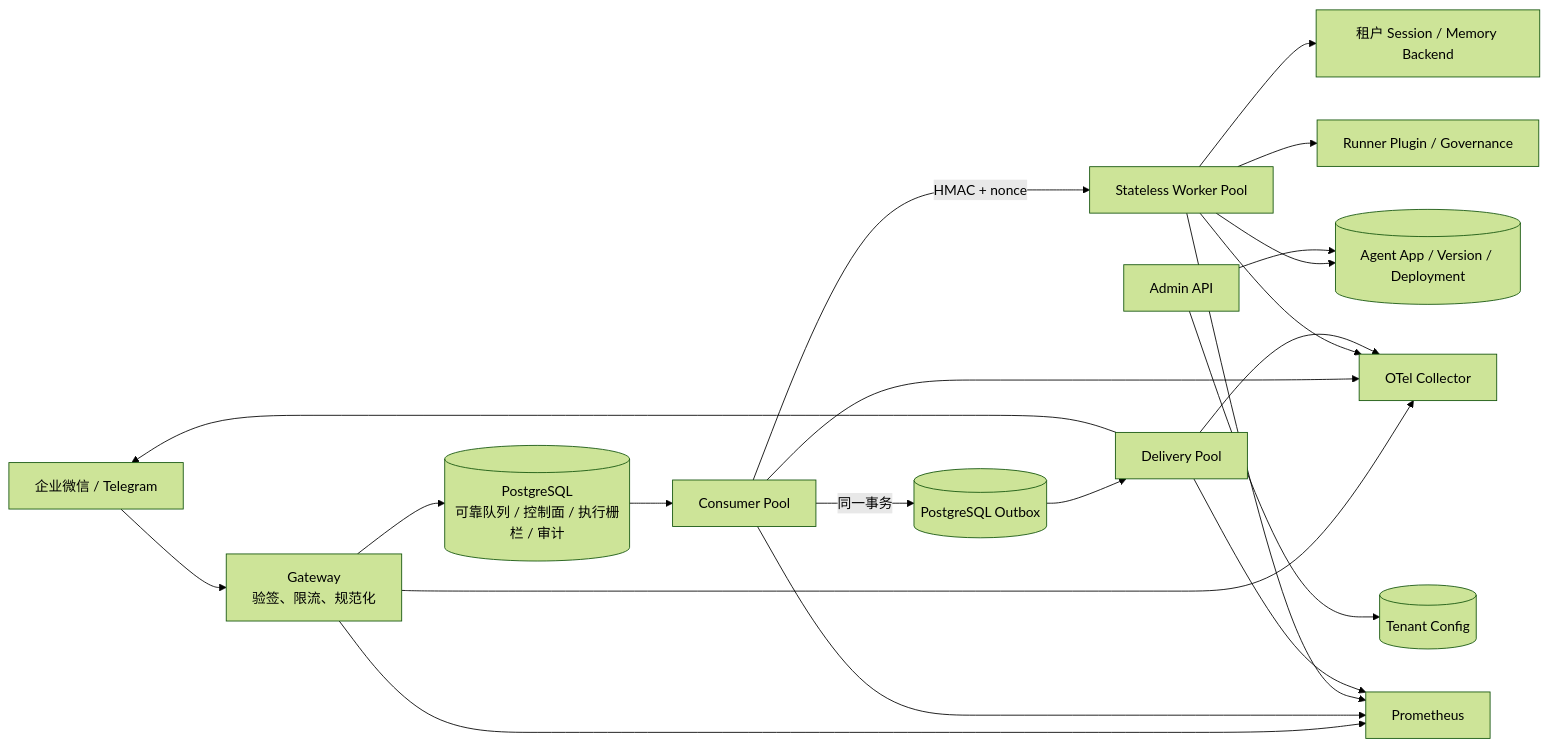
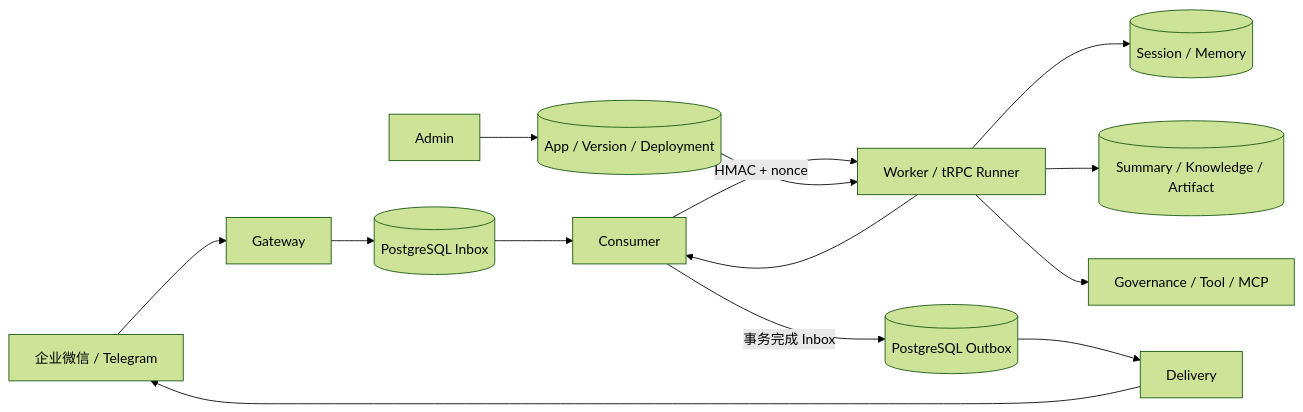
One commit to ltyfulan9/trpc-agent-service changed the diagram in README.md. Above: the diagram before and after it, drawn with Mermaid (forest theme). The commit also changed other lines of this file and 44 other files, not shown here.

Commit message:
fix: harden artifact recovery, fair scheduling and portable delivery

````diff
--- a/README.md
+++ b/README.md
@@ -22,17 +36,16 @@
 ```mermaid
 flowchart LR
-    IM[企业微信 / Telegram] --> GW[Gateway\n验签、限流、规范化]
-    GW --> IN[(PostgreSQL\n可靠队列 / 控制面 / 执行栅栏 / 审计)]
-    IN --> C[Consumer Pool]
-    C -->|HMAC + nonce| W[Stateless Worker Pool]
-    W --> CP[(Agent App / Version / Deployment)]
-    W --> S[租户 Session / Memory Backend]
-    W --> G[Runner Plugin / Governance]
-    C -->|同一事务| OUT[(PostgreSQL Outbox)]
-    OUT --> D[Delivery Pool]
+    IM[企业微信 / Telegram] --> GW[Gateway]
+    GW --> IN[(PostgreSQL Inbox)]
+    IN --> C[Consumer]
+    C -->|HMAC + nonce| W[Worker / tRPC Runner]
+    A[Admin] --> CP[(App / Version / Deployment)]
+    CP --> W
+    W --> SM[(Session / Memory)]
+    W --> DATA[(Summary / Knowledge / Artifact)]
+    W --> TOOL[Governance / Tool / MCP]
+    W --> C
+    C -->|事务完成 Inbox| OUT[(PostgreSQL Outbox)]
+    OUT --> D[Delivery]
     D --> IM
-    GW & C & W & D --> OTEL[OTel Collector]
-    GW & C & W & D --> PROM[Prometheus]
-    A[Admin API] --> CP
-    A --> T[(Tenant Config)]
 ```
````
